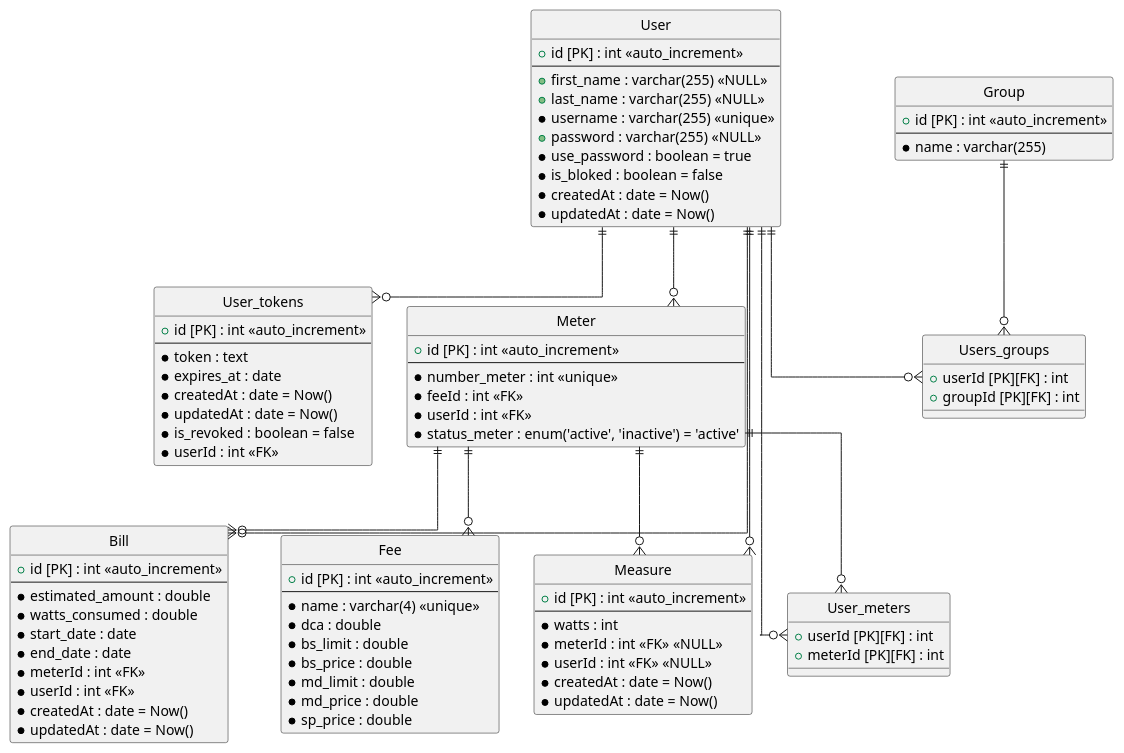
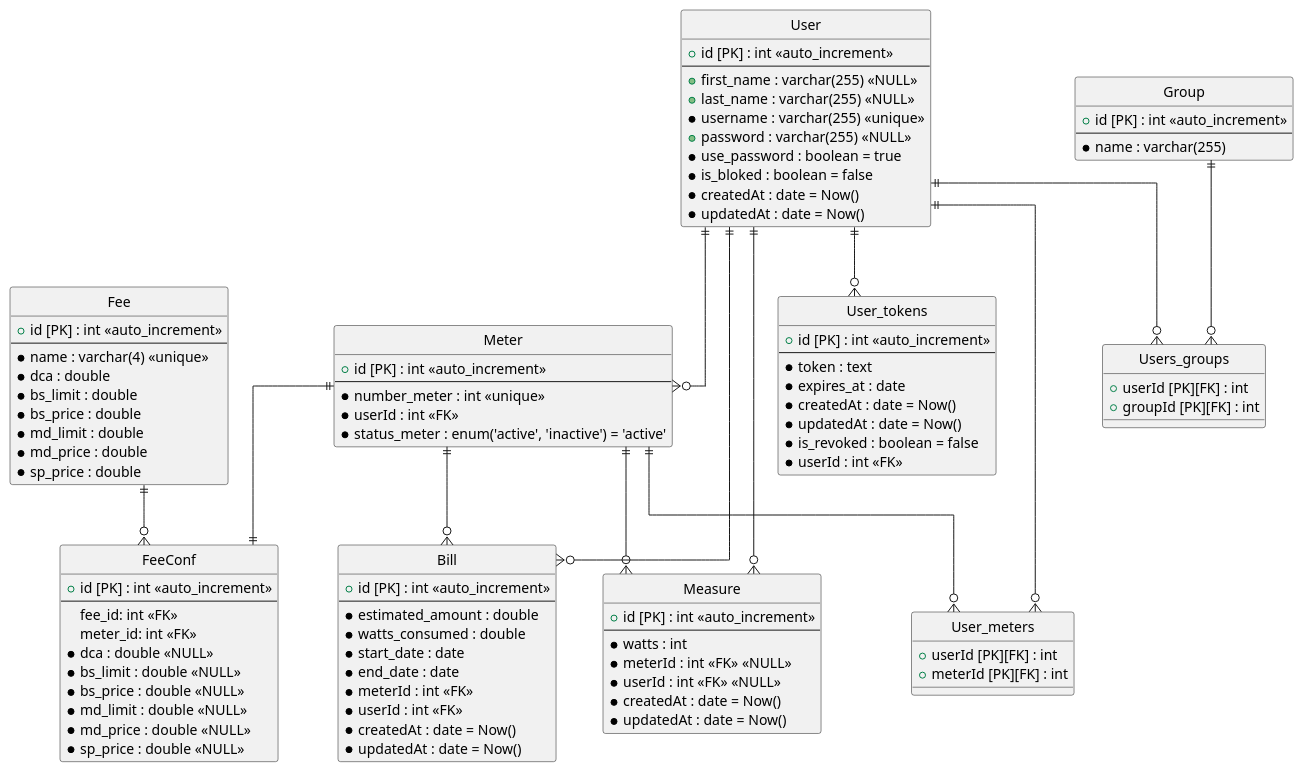
The diagram in data_base.plantuml (CascoArcilla/watts-control), drawn with PlantUML before and after one commit.

Commit message:
refactor: ajsutando plantuml para agregar configuracion por medidor

```diff
--- a/data_base.plantuml
+++ b/data_base.plantuml
@@ -1,108 +1,122 @@
 @startuml data_base_er_diagram
 
 ' Configuración visual
 skinparam linetype ortho
 hide circle
 
 entity "User" as user {
   + id [PK] : int <<auto_increment>>
   --
   + first_name : varchar(255) <<NULL>>
   + last_name : varchar(255) <<NULL>>
   * username : varchar(255) <<unique>>
   + password : varchar(255) <<NULL>>
   * use_password : boolean = true
   * is_bloked : boolean = false
   * createdAt : date = Now()
   * updatedAt : date = Now()
 }
 
 entity "Fee" as fee
 {
   + id [PK] : int <<auto_increment>>
   --
   * name : varchar(4) <<unique>>
   * dca : double
   * bs_limit : double
   * bs_price : double
   * md_limit : double
   * md_price : double
   * sp_price : double
 }
 
+entity "FeeConf" as feeconf {
+  + id [PK] : int <<auto_increment>>
+  --
+  fee_id: int <<FK>>
+  meter_id: int <<FK>>
+  * dca : double <<NULL>>
+  * bs_limit : double <<NULL>>
+  * bs_price : double <<NULL>>
+  * md_limit : double <<NULL>>
+  * md_price : double <<NULL>>
+  * sp_price : double <<NULL>>
+}
+
 entity "Meter" as meter {
   + id [PK] : int <<auto_increment>>
   --
   * number_meter : int <<unique>>
-  * feeId : int <<FK>>
   * userId : int <<FK>>
   * status_meter : enum('active', 'inactive') = 'active'
 }
 
 entity "Bill" as bill {
   + id [PK] : int <<auto_increment>>
   --
   * estimated_amount : double
   * watts_consumed : double
   * start_date : date
   * end_date : date
   * meterId : int <<FK>>
   * userId : int <<FK>>
   * createdAt : date = Now()
   * updatedAt : date = Now()
 }
 
 entity "Measure" as measure {
   + id [PK] : int <<auto_increment>>
   --
   * watts : int
   * meterId : int <<FK>> <<NULL>>
   * userId : int <<FK>> <<NULL>>
   * createdAt : date = Now()
   * updatedAt : date = Now()
 }
 
 entity "Group" as group {
   + id [PK] : int <<auto_increment>>
   --
   * name : varchar(255)
 }
 
 entity "User_tokens" as token {
   + id [PK] : int <<auto_increment>>
   --
   * token : text
   * expires_at : date
   * createdAt : date = Now()
   * updatedAt : date = Now()
   * is_revoked : boolean = false
   * userId : int <<FK>>
 }
 
 ' Tablas Intermedias (Many-to-Many)
 entity "Users_groups" as user_group {
   + userId [PK][FK] : int
   + groupId [PK][FK] : int
 }
 
 entity "User_meters" as user_meter {
   + userId [PK][FK] : int
   + meterId [PK][FK] : int
 }
 
 ' Relaciones basadas en los ALTER TABLE
 user ||--o{ token
 user ||--o{ bill
 user ||--o{ meter
 user ||--o{ measure
 user ||--o{ user_group
 user ||--o{ user_meter
 
 group ||--o{ user_group
 
 meter ||--o{ bill
 meter ||--o{ measure
 meter ||--o{ user_meter
-meter ||--o{ fee
+meter ||--|| feeconf
+
+fee ||--o{ feeconf
 
 @enduml
```
